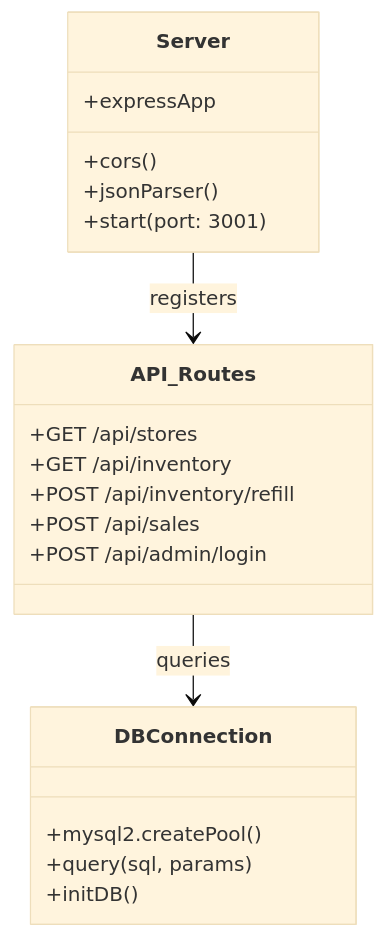
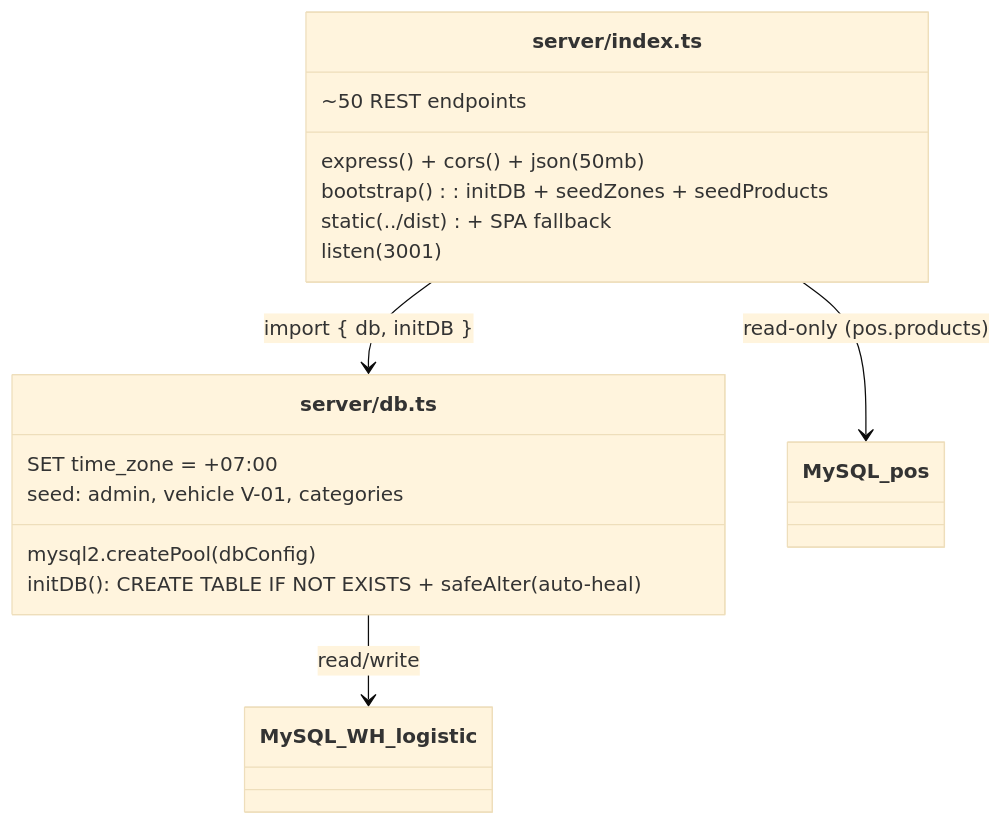
One commit to Chiraphong20/Cashvan changed the second of 2 diagrams in Docs/Class_Diagram.md. Above: the diagram before and after it, drawn with Mermaid (base theme). The commit also changed other lines of this file and 21 other files, not shown here.

````diff
--- a/Docs/Class_Diagram.md
+++ b/Docs/Class_Diagram.md
@@ -93,26 +130,19 @@
 ```mermaid
 classDiagram
-    class Server {
-        +expressApp
-        +cors()
-        +jsonParser()
-        +start(port: 3001)
+    class Server["server/index.ts"] {
+        express() + cors() + json(50mb)
+        bootstrap(): initDB + seedZones + seedProducts
+        ~50 REST endpoints
+        static(../dist) + SPA fallback
+        listen(3001)
     }
-
-    class DBConnection {
-        +mysql2.createPool()
-        +query(sql, params)
-        +initDB()
+    class DB["server/db.ts"] {
+        mysql2.createPool(dbConfig)
+        SET time_zone = +07:00
+        initDB(): CREATE TABLE IF NOT EXISTS + safeAlter (auto-heal)
+        seed: admin, vehicle V-01, categories
     }
-
-    class API_Routes {
-        +GET /api/stores
-        +GET /api/inventory
-        +POST /api/inventory/refill
-        +POST /api/sales
-        +POST /api/admin/login
-    }
-
-    Server --> API_Routes : registers
-    API_Routes --> DBConnection : queries
+    Server --> DB : import { db, initDB }
+    DB --> MySQL_WH_logistic : read/write
+    Server --> MySQL_pos : read-only (pos.products)
 ```
````
